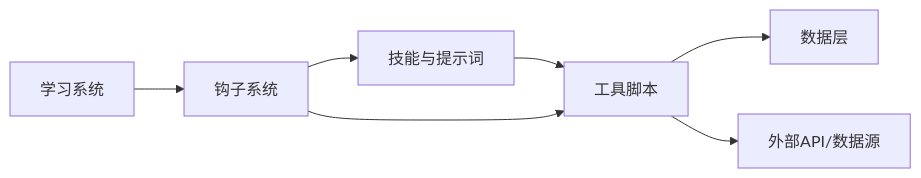
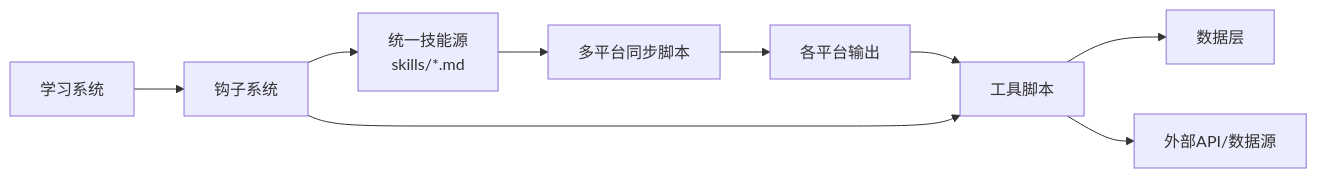
One commit to Ted-Engineer/ai-berkshire changed diagram 13 of 13 in .qoder/repowiki/zh/content/开发者指南/开发者指南.md. Above: the diagram before and after it, drawn with Mermaid. The commit also changed other lines of this file and 76 other files, not shown here.

````diff
--- a/.qoder/repowiki/zh/content/开发者指南/开发者指南.md
+++ b/.qoder/repowiki/zh/content/开发者指南/开发者指南.md
@@ -541,9 +662,11 @@
 ```mermaid
 graph LR
-Skills["技能与提示词"] --> Tools["工具脚本"]
+Skills["统一技能源<br/>skills/*.md"] --> Sync["多平台同步脚本"]
+Sync --> Platforms["各平台输出"]
+Platforms --> Tools["工具脚本"]
 Tools --> Data["数据层"]
 Tools --> API["外部API/数据源"]
 Hooks["钩子系统"] --> Skills
 Hooks --> Tools
 Learnings["学习系统"] --> Hooks
 ```
````
